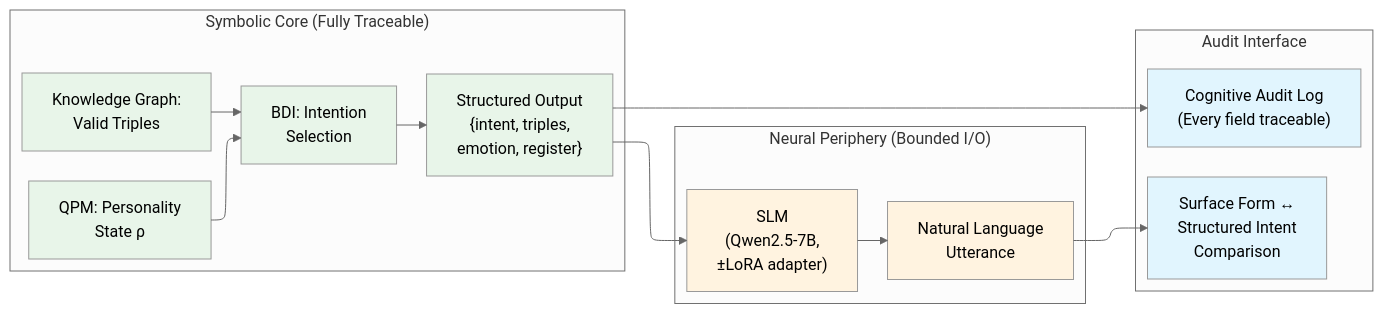
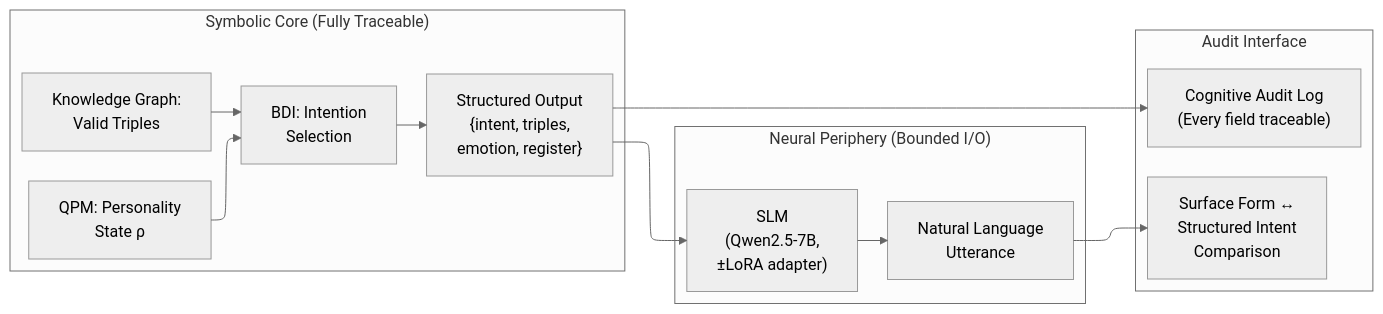
One commit to JustForCodin/Centaurian_Architecture_Implementation changed the sixth of 18 diagrams in Centaurian_Hybrid_Architecture_v3.md. Above: the diagram before and after it, drawn with Mermaid (neutral theme). The commit also changed other lines of this file, not shown here.

First line of the commit message:
v3 paper: node-graph rendering, Phase 1/2 domain split, persona-coherence reframe

````diff
--- a/Centaurian_Hybrid_Architecture_v3.md
+++ b/Centaurian_Hybrid_Architecture_v3.md
@@ -542,25 +532,17 @@
 ```mermaid
 %%{init: {"flowchart": {"defaultRenderer": "elk"}} }%%
 graph LR
     subgraph "Symbolic Core (Fully Traceable)"
         QPM["QPM: Personality<br/>State ρ"] --> BDI["BDI: Intention<br/>Selection"]
         KG["Knowledge Graph:<br/>Valid Triples"] --> BDI
         BDI --> STRUCT["Structured Output<br/>{intent, triples,<br/>emotion, register}"]
     end
     subgraph "Neural Periphery (Bounded I/O)"
         STRUCT --> SLM["SLM<br/>(Qwen2.5-7B,<br/>±LoRA adapter)"]
         SLM --> NL["Natural Language<br/>Utterance"]
     end
     subgraph "Audit Interface"
         STRUCT --> LOG["Cognitive Audit Log<br/>(Every field traceable)"]
         NL --> COMPARE["Surface Form ↔<br/>Structured Intent<br/>Comparison"]
     end
-    style QPM fill:#e8f5e9
-    style BDI fill:#e8f5e9
-    style KG fill:#e8f5e9
-    style STRUCT fill:#e8f5e9
-    style SLM fill:#fff3e0
-    style NL fill:#fff3e0
-    style LOG fill:#e1f5fe
-    style COMPARE fill:#e1f5fe
 ```
````
